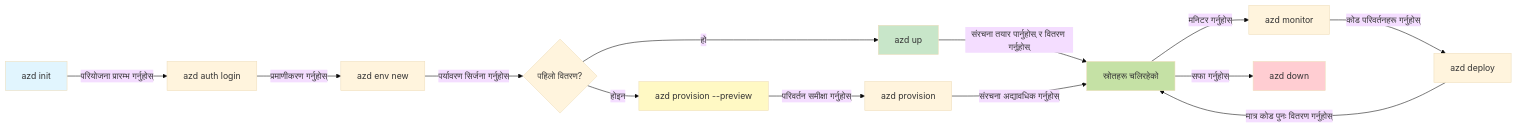
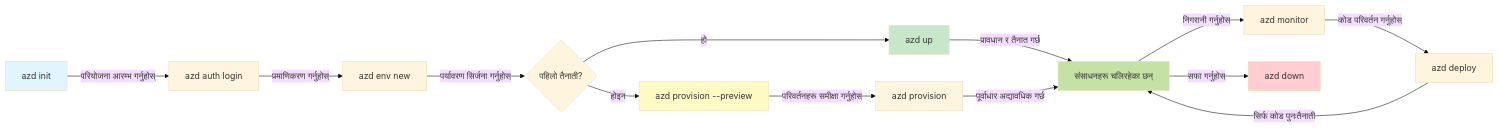
Before and after one commit to microsoft/AZD-for-beginners: the first of 2 diagrams in translations/ne/docs/chapter-01-foundation/azd-basics.md, drawn with Mermaid (base theme). The commit also changed other lines of this file and 104 other files, not shown here.

````diff
--- a/translations/ne/docs/chapter-01-foundation/azd-basics.md
+++ b/translations/ne/docs/chapter-01-foundation/azd-basics.md
@@ -269,21 +269,21 @@
 ```mermaid
 graph LR
-    A[azd init] -->|परियोजना प्रारम्भ गर्नुहोस्| B[azd auth login]
-    B -->|प्रमाणीकरण गर्नुहोस्| C[azd env new]
-    C -->|पर्यावरण सिर्जना गर्नुहोस्| D{पहिलो वितरण?}
+    A[azd init] -->|परियोजना आरम्भ गर्नुहोस्| B[azd auth login]
+    B -->|प्रमाणिकरण गर्नुहोस्| C[azd env new]
+    C -->|पर्यावरण सिर्जना गर्नुहोस्| D{पहिलो तैनाती?}
     D -->|हो| E[azd up]
     D -->|होइन| F[azd provision --preview]
-    F -->|परिवर्तन समीक्षा गर्नुहोस्| G[azd provision]
-    E -->|संरचना तयार पार्नुहोस् र वितरण गर्नुहोस्| H[स्रोतहरू चलिरहेको]
-    G -->|संरचना अद्यावधिक गर्नुहोस्| H
-    H -->|मनिटर गर्नुहोस्| I[azd monitor]
-    I -->|कोड परिवर्तनहरू गर्नुहोस्| J[azd deploy]
-    J -->|मात्र कोड पुनः वितरण गर्नुहोस्| H
+    F -->|परिवर्तनहरू समीक्षा गर्नुहोस्| G[azd provision]
+    E -->|प्रावधान र तैनात गर्छ| H[संसाधनहरू चलिरहेका छन्]
+    G -->|पूर्वाधार अद्यावधिक गर्छ| H
+    H -->|निगरानी गर्नुहोस्| I[azd monitor]
+    I -->|कोड परिवर्तन गर्नुहोस्| J[azd deploy]
+    J -->|सिर्फ कोड पुनःतैनाती| H
     H -->|सफा गर्नुहोस्| K[azd down]
     
     style A fill:#e1f5fe
     style E fill:#c8e6c9
     style F fill:#fff9c4
     style H fill:#c5e1a5
     style K fill:#ffcdd2
 ```
````
